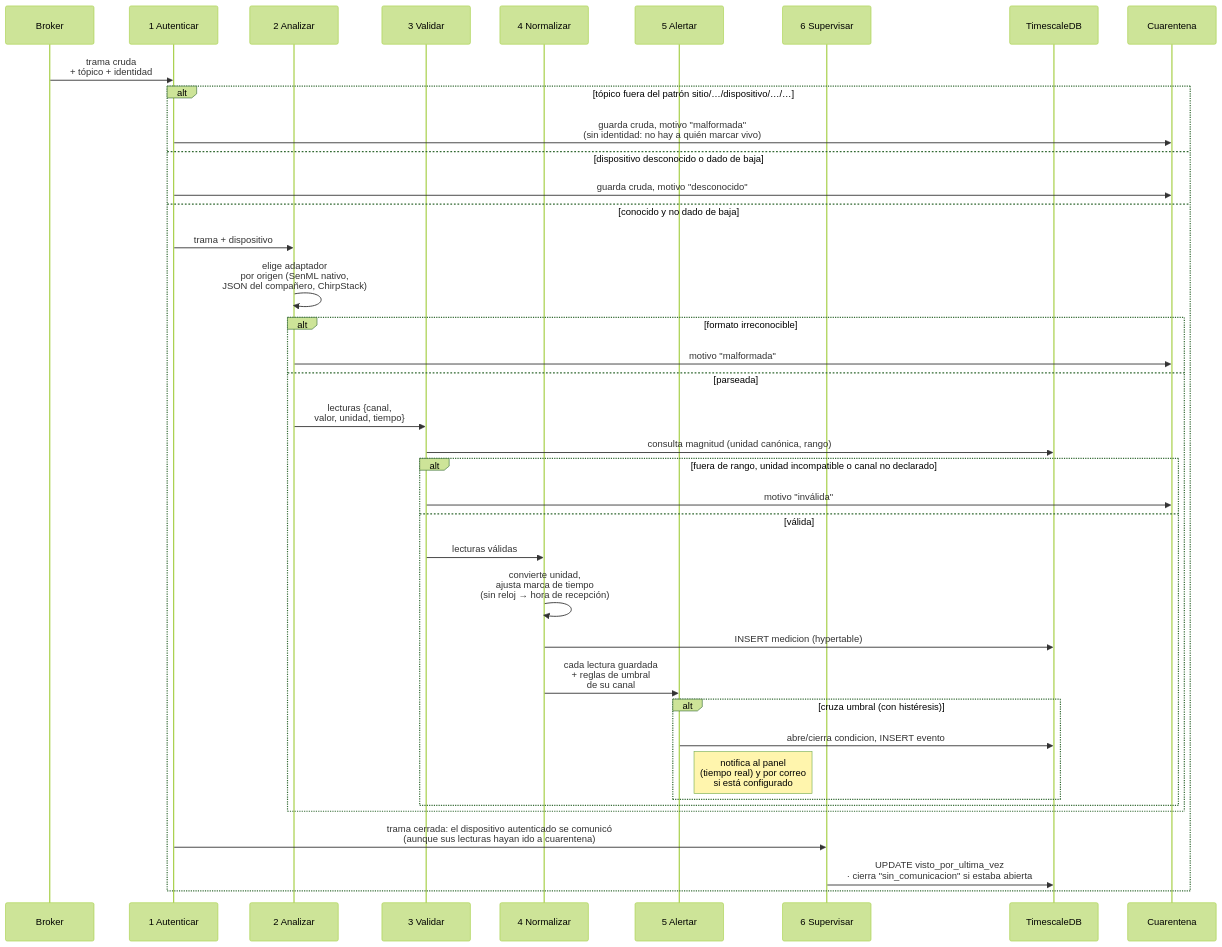
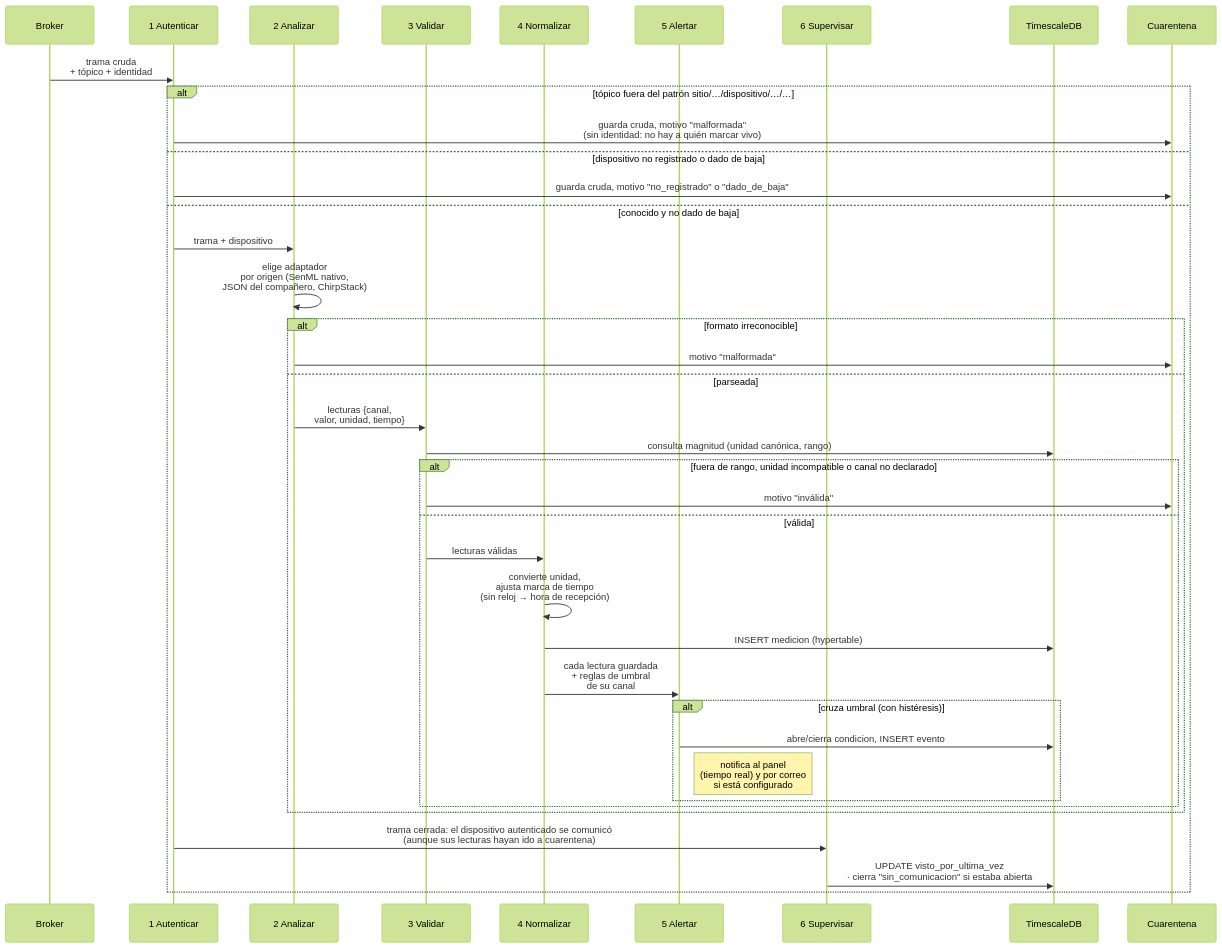
One commit to vicenterami/tesis changed the diagram in informe-oficial/figuras/mermaid/sec-pipeline.mmd. Above: the diagram before and after it, drawn with Mermaid (forest theme). The commit also changed 37 other files, not shown here.

```diff
--- a/informe-oficial/figuras/mermaid/sec-pipeline.mmd
+++ b/informe-oficial/figuras/mermaid/sec-pipeline.mmd
@@ -1,40 +1,40 @@
 sequenceDiagram
     participant MQ as Broker
     participant F1 as 1 Autenticar
     participant F2 as 2 Analizar
     participant F3 as 3 Validar
     participant F4 as 4 Normalizar
     participant F5 as 5 Alertar
     participant F6 as 6 Supervisar
     participant DB as TimescaleDB
     participant Q as Cuarentena
 
     MQ->>F1: trama cruda<br/>+ tópico + identidad
     alt tópico fuera del patrón sitio/…/dispositivo/…/…
         F1->>Q: guarda cruda, motivo "malformada"<br/>(sin identidad: no hay a quién marcar vivo)
-    else dispositivo desconocido o dado de baja
-        F1->>Q: guarda cruda, motivo "desconocido"
+    else dispositivo no registrado o dado de baja
+        F1->>Q: guarda cruda, motivo "no_registrado" o "dado_de_baja"
     else conocido y no dado de baja
         F1->>F2: trama + dispositivo
         F2->>F2: elige adaptador<br/>por origen (SenML nativo,<br/>JSON del compañero, ChirpStack)
         alt formato irreconocible
             F2->>Q: motivo "malformada"
         else parseada
             F2->>F3: lecturas {canal,<br/>valor, unidad, tiempo}
             F3->>DB: consulta magnitud (unidad canónica, rango)
             alt fuera de rango, unidad incompatible o canal no declarado
                 F3->>Q: motivo "inválida"
             else válida
                 F3->>F4: lecturas válidas
                 F4->>F4: convierte unidad,<br/>ajusta marca de tiempo<br/>(sin reloj → hora de recepción)
                 F4->>DB: INSERT medicion (hypertable)
                 F4->>F5: cada lectura guardada<br/>+ reglas de umbral<br/>de su canal
                 alt cruza umbral (con histéresis)
                     F5->>DB: abre/cierra condicion, INSERT evento
                     Note right of F5: notifica al panel<br/>(tiempo real) y por correo<br/>si está configurado
                 end
             end
         end
         F1->>F6: trama cerrada: el dispositivo autenticado se comunicó<br/>(aunque sus lecturas hayan ido a cuarentena)
         F6->>DB: UPDATE visto_por_ultima_vez<br/>· cierra "sin_comunicacion" si estaba abierta
     end
```
